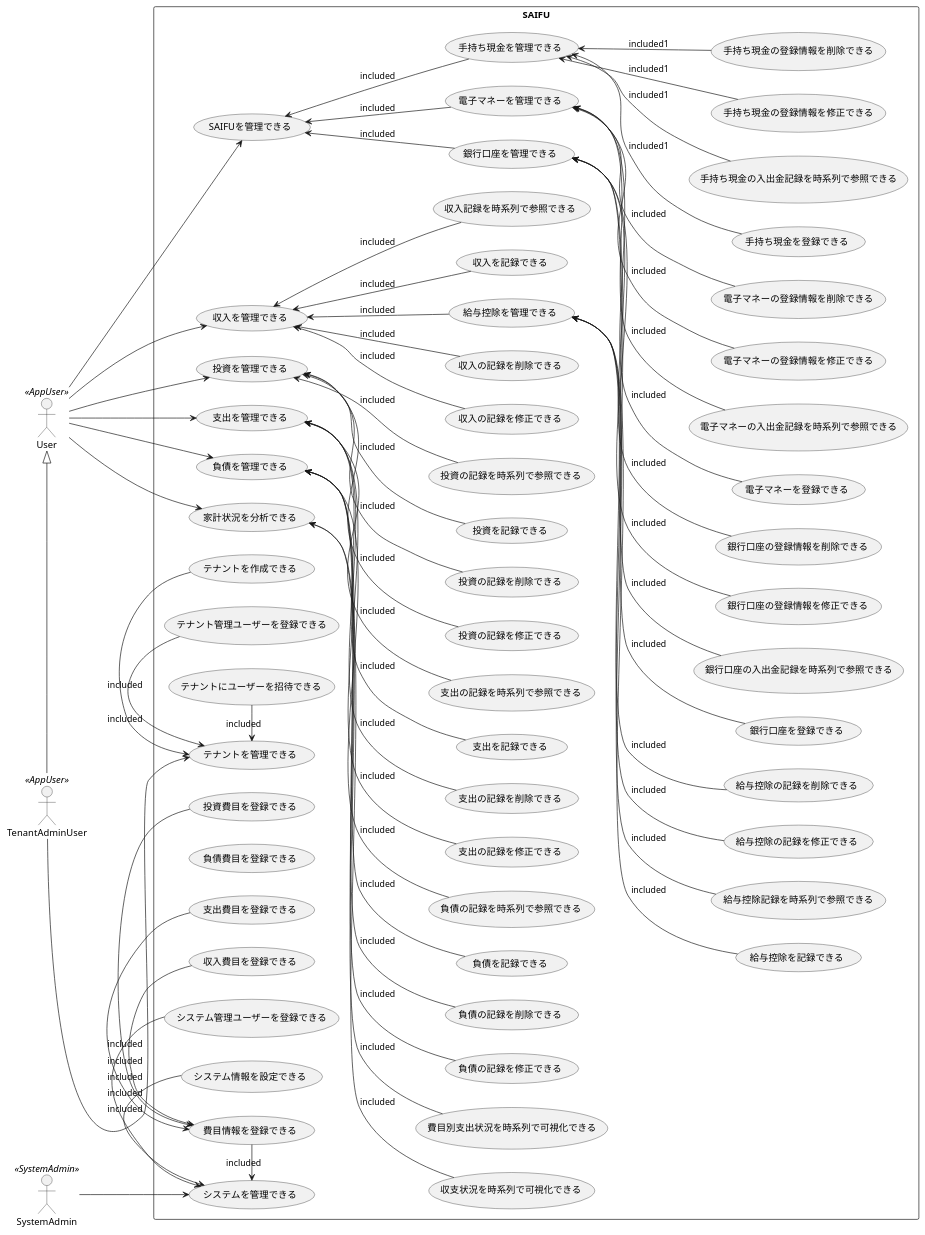
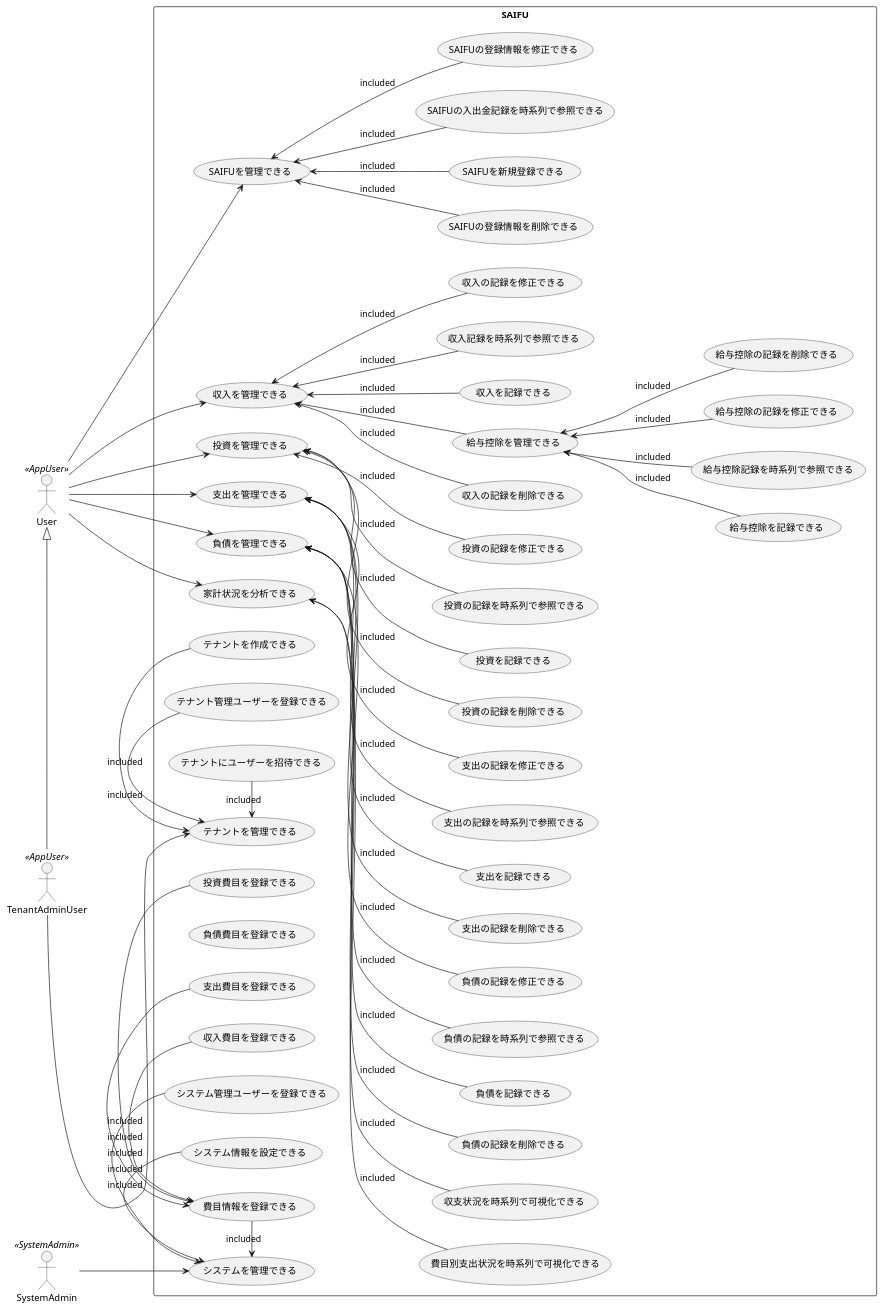
The diagram in design/UseCase.wsd (JojiKoike/saifu-docs), drawn with PlantUML before and after one commit.

Commit message:
SAIFU関連のユースケースの抽象化

```diff
--- a/design/UseCase.wsd
+++ b/design/UseCase.wsd
@@ -1,144 +1,122 @@
 @startuml
 left to right direction
 
 ' Actor
 SystemAdmin <<SystemAdmin>>
 User <<AppUser>>
 TenantAdminUser <<AppUser>>
 User <|- TenantAdminUser
 
 ' Usecase
 rectangle SAIFU {
   ' Usecase Definitions
   ' System Admin Usecase
   usecase "システムを管理できる" as UC1
   usecase "費目情報を登録できる" as UC1_1
   usecase "収入費目を登録できる" as UC1_1_1
   usecase "投資費目を登録できる" as UC1_1_2
   usecase "支出費目を登録できる" as UC1_1_3
   usecase "負債費目を登録できる" as UC1_1_4
   usecase "システム管理ユーザーを登録できる" as UC1_2
   usecase "システム情報を設定できる" as UC1_3
   ' テナント
   usecase "テナントを管理できる" as UC2
   usecase "テナントを作成できる" as UC2_1
   usecase "テナント管理ユーザーを登録できる" as UC2_2
   usecase "テナントにユーザーを招待できる" as UC2_3
  ' SAIFU
   usecase "SAIFUを管理できる" as UC3
-  usecase "手持ち現金を管理できる" as UC3_1
-  usecase "手持ち現金を登録できる" as UC3_1_1
-  usecase "手持ち現金の入出金記録を時系列で参照できる" as UC3_1_2
-  usecase "手持ち現金の登録情報を修正できる" as UC3_1_3
-  usecase "手持ち現金の登録情報を削除できる" as UC3_1_4
-  usecase "銀行口座を管理できる" as UC3_2
-  usecase "銀行口座を登録できる" as UC3_2_1
-  usecase "銀行口座の入出金記録を時系列で参照できる" as UC3_2_2
-  usecase "銀行口座の登録情報を修正できる" as UC3_2_3
-  usecase "銀行口座の登録情報を削除できる" as UC3_2_4
-  usecase "電子マネーを管理できる" as UC3_3
-  usecase "電子マネーを登録できる" as UC3_3_1
-  usecase "電子マネーの入出金記録を時系列で参照できる" as UC3_3_2
-  usecase "電子マネーの登録情報を修正できる" as UC3_3_3
-  usecase "電子マネーの登録情報を削除できる" as UC3_3_4
+  usecase "SAIFUを新規登録できる" as UC3_1
+  usecase "SAIFUの入出金記録を時系列で参照できる" as UC3_2
+  usecase "SAIFUの登録情報を修正できる" as UC3_3
+  usecase "SAIFUの登録情報を削除できる" as UC3_4
   ' 収入
   usecase "収入を管理できる" as UC4
   usecase "収入を記録できる" as UC4_1
   usecase "収入記録を時系列で参照できる" as UC4_2
   usecase "収入の記録を修正できる" as UC4_3
   usecase "収入の記録を削除できる" as UC4_4
   ' 給与控除
   usecase "給与控除を管理できる" as UC5
   usecase "給与控除を記録できる" as UC5_1
   usecase "給与控除記録を時系列で参照できる" as UC5_2
   usecase "給与控除の記録を修正できる" as UC5_3
   usecase "給与控除の記録を削除できる" as UC5_4
   ' 投資
   usecase "投資を管理できる" as UC6
   usecase "投資を記録できる" as UC6_1
   usecase "投資の記録を時系列で参照できる" as UC6_2
   usecase "投資の記録を修正できる" as UC6_3
   usecase "投資の記録を削除できる" as UC6_4
   ' 支出
   usecase "支出を管理できる" as UC7
   usecase "支出を記録できる" as UC7_1
   usecase "支出の記録を時系列で参照できる" as UC7_2
   usecase "支出の記録を修正できる" as UC7_3
   usecase "支出の記録を削除できる" as UC7_4
   ' 負債
   usecase "負債を管理できる" as UC8
   usecase "負債を記録できる" as UC8_1
   usecase "負債の記録を時系列で参照できる" as UC8_2
   usecase "負債の記録を修正できる" as UC8_3
   usecase "負債の記録を削除できる" as UC8_4
   ' 分析
   usecase "家計状況を分析できる" as UC9
   usecase "収支状況を時系列で可視化できる" as UC9_1
   usecase "費目別支出状況を時系列で可視化できる" as UC9_2
 
   ' Usecase Structure Definitions
   ' System Admin UseCase
   UC1 <- UC1_1 : included
   UC1_1 <- UC1_1_1 : included
   UC1_1 <- UC1_1_2 : included
   UC1_1 <- UC1_1_3 : included
   UC1 <- UC1_2 : included
   UC1 <- UC1_3 : included
 
   ' Tenant Owner User UseCase
   UC2 <- UC2_1 : included
   UC2 <- UC2_2 : included
   UC2 <- UC2_3 : included
 
   ' User UseCase
-  UC3_1 <-- UC3_1_1 : included1
-  UC3_1 <-- UC3_1_2 : included1
-  UC3_1 <-- UC3_1_3 : included1
-  UC3_1 <-- UC3_1_4 : included1
   UC3 <-- UC3_1 : included
-  UC3_2 <-- UC3_2_1 : included
-  UC3_2 <-- UC3_2_2 : included
-  UC3_2 <-- UC3_2_3 : included
-  UC3_2 <-- UC3_2_4 : included
   UC3 <-- UC3_2 : included
-  UC3_3 <-- UC3_3_1 : included
-  UC3_3 <-- UC3_3_2 : included
-  UC3_3 <-- UC3_3_3 : included
-  UC3_3 <-- UC3_3_4 : included
   UC3 <-- UC3_3 : included
+  UC3 <-- UC3_4 : included
   UC4 <-- UC4_1 : included
   UC4 <-- UC4_2 : included
   UC4 <-- UC4_3 : included
   UC4 <-- UC4_4 : included
   UC5 <-- UC5_1 : included
   UC5 <-- UC5_2 : included
   UC5 <-- UC5_3 : included
   UC5 <-- UC5_4 : included
   UC4 <-- UC5 : included
   UC6 <-- UC6_1 : included
   UC6 <-- UC6_2 : included
   UC6 <-- UC6_3 : included
   UC6 <-- UC6_4 : included
   UC7 <-- UC7_1 : included
   UC7 <-- UC7_2 : included
   UC7 <-- UC7_3 : included
   UC7 <-- UC7_4 : included
   UC8 <-- UC8_1 : included
   UC8 <-- UC8_2 : included
   UC8 <-- UC8_3 : included
   UC8 <-- UC8_4 : included
   UC9 <-- UC9_1 : included
   UC9 <-- UC9_2 : included
 }
 
 ' Usecase And Actor Relationship Definitions
 SystemAdmin --> UC1
 TenantAdminUser --> UC2
 User --> UC3
 User --> UC4
 User --> UC6
 User --> UC7
 User --> UC8
 User --> UC9
 
 @enduml
```
